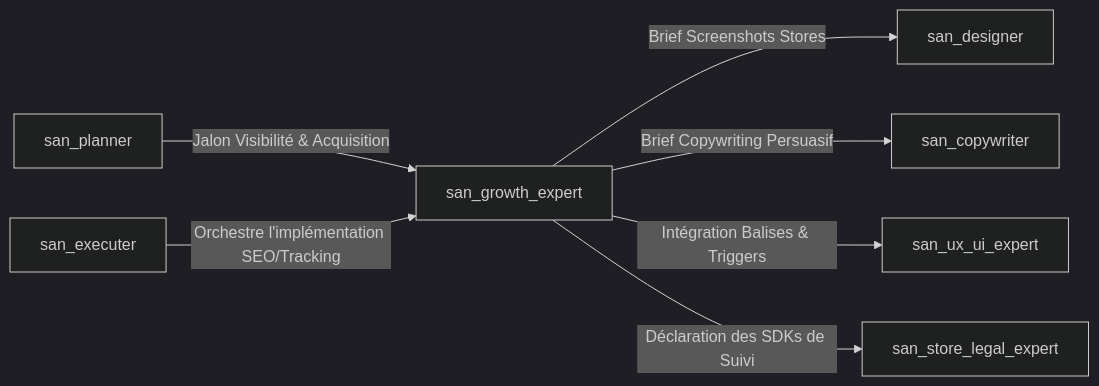
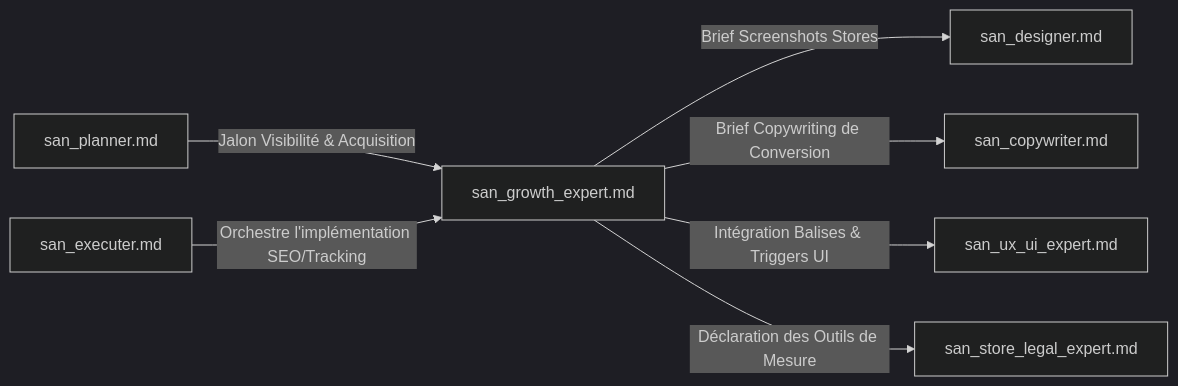
Before and after one commit to alexsan-dev/san_agy_framework: the second of 2 diagrams in skills/san_growth_expert.md, drawn with Mermaid (dark theme). The commit also changed other lines of this file and 41 other files, not shown here.

Commit message:
feat(phase3): packaging and automated testing of onboarding & scoping core (san_init, san_brainstorming, san_planner)

````diff
--- a/skills/san_growth_expert.md
+++ b/skills/san_growth_expert.md
@@ -198,9 +425,9 @@
 ```mermaid
 graph LR
-    PLAN["san_planner"] -->|Jalon Visibilité & Acquisition| GROWTH["san_growth_expert"]
-    EXEC["san_executer"] -->|Orchestre l'implémentation SEO/Tracking| GROWTH
-    GROWTH -->|Brief Screenshots Stores| DESIGN["san_designer"]
-    GROWTH -->|Brief Copywriting Persuasif| COPY["san_copywriter"]
-    GROWTH -->|Intégration Balises & Triggers| FRONT["san_ux_ui_expert"]
-    GROWTH -->|Déclaration des SDKs de Suivi| LEGAL["san_store_legal_expert"]
+    PLAN["san_planner.md"] -->|Jalon Visibilité & Acquisition| GROWTH["san_growth_expert.md"]
+    EXEC["san_executer.md"] -->|Orchestre l'implémentation SEO/Tracking| GROWTH
+    GROWTH -->|Brief Screenshots Stores| DESIGN["san_designer.md"]
+    GROWTH -->|Brief Copywriting de Conversion| COPY["san_copywriter.md"]
+    GROWTH -->|Intégration Balises & Triggers UI| FRONT["san_ux_ui_expert.md"]
+    GROWTH -->|Déclaration des Outils de Mesure| LEGAL["san_store_legal_expert.md"]
 ```
````
